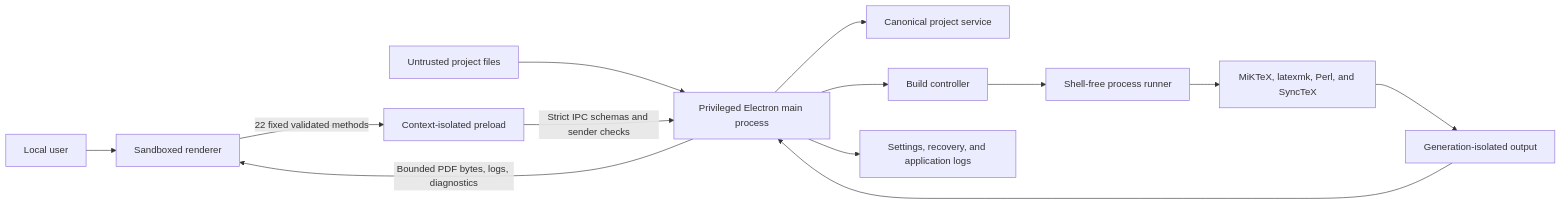
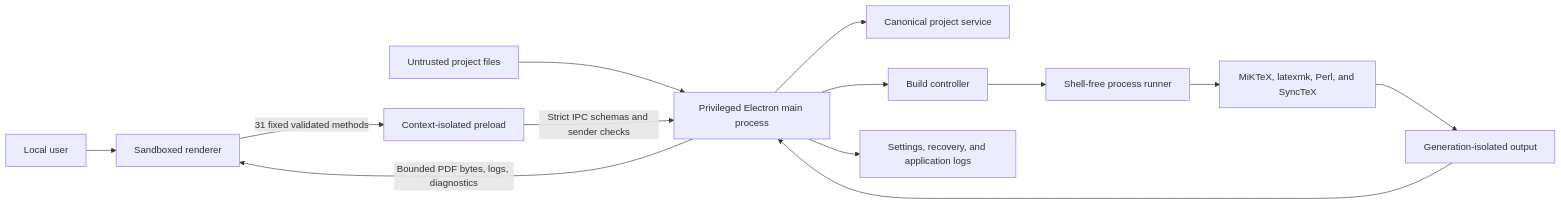
One commit to pasan3251/TeXPulse-Studio changed the diagram in docs/THREAT_MODEL.md. Above: the diagram before and after it, drawn with Mermaid. The commit also changed other lines of this file and 51 other files, not shown here.

````diff
--- a/docs/THREAT_MODEL.md
+++ b/docs/THREAT_MODEL.md
@@ -53,15 +53,15 @@
 ```mermaid
 flowchart LR
   U["Local user"] --> R["Sandboxed renderer"]
   P["Untrusted project files"] --> M["Privileged Electron main process"]
-  R -->|"22 fixed validated methods"| L["Context-isolated preload"]
+  R -->|"31 fixed validated methods"| L["Context-isolated preload"]
   L -->|"Strict IPC schemas and sender checks"| M
   M --> F["Canonical project service"]
   M --> B["Build controller"]
   M --> S["Settings, recovery, and application logs"]
   B --> C["Shell-free process runner"]
   C --> T["MiKTeX, latexmk, Perl, and SyncTeX"]
   T --> O["Generation-isolated output"]
   O --> M
   M -->|"Bounded PDF bytes, logs, diagnostics"| R
 ```
````
